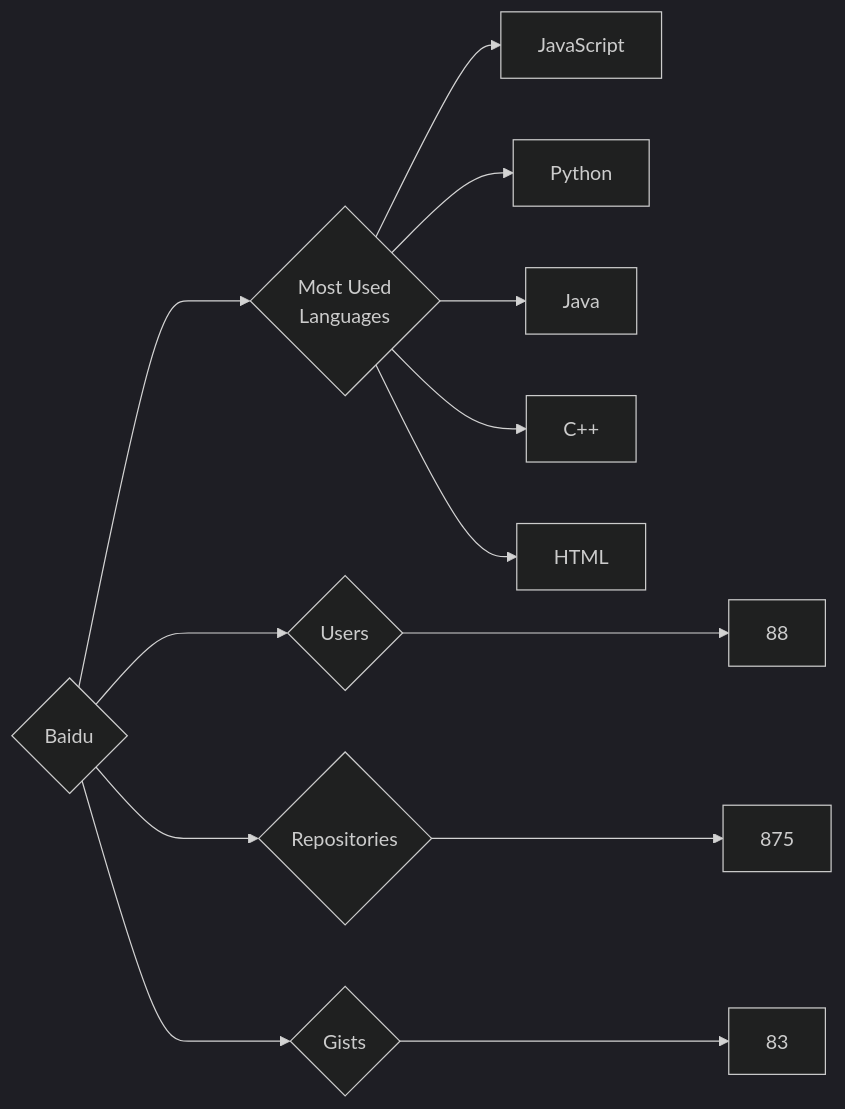
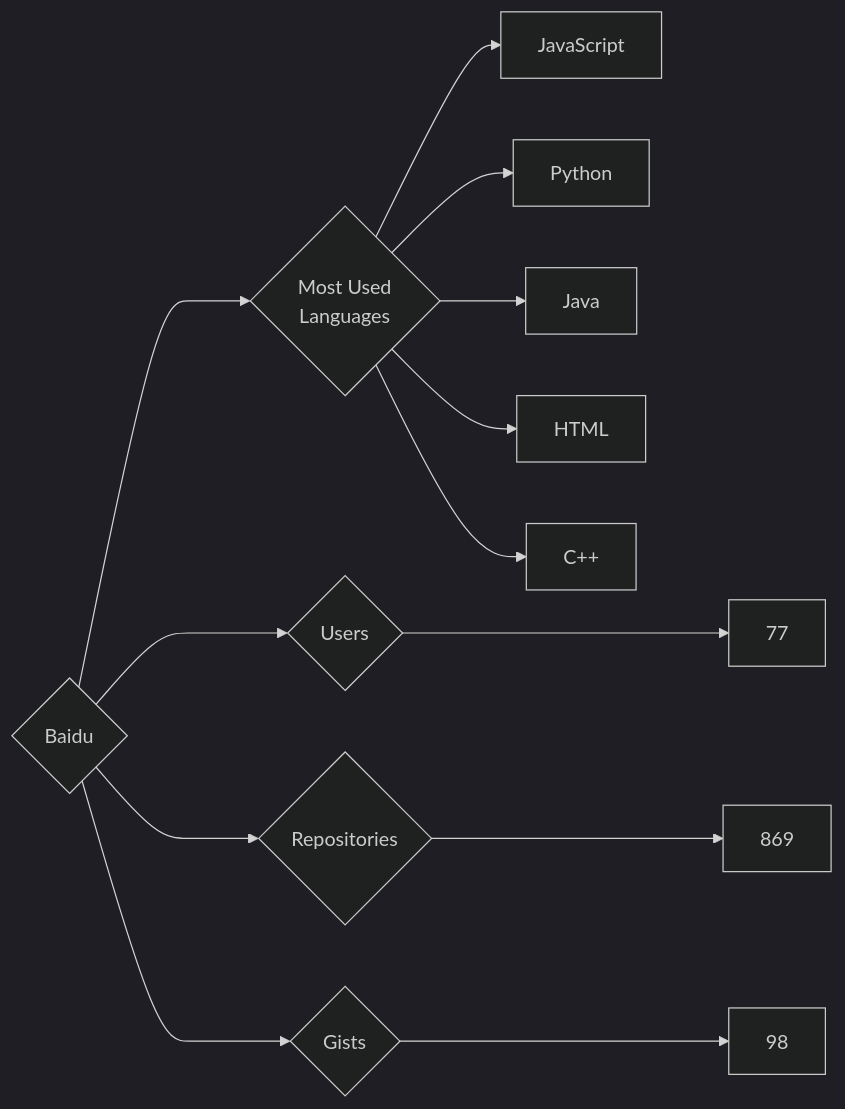
One commit to trickest/insiders changed the diagram in targets/Baidu/README.md. Above: the diagram before and after it, drawn with Mermaid (dark theme). The commit also changed 976 other files, not shown here.

````diff
--- a/targets/Baidu/README.md
+++ b/targets/Baidu/README.md
@@ -3,13 +3,13 @@
 ```mermaid
 graph LR
 COMPANY_NAME{Baidu}
-COMPANY_NAME ---> U{Users} ---> UN[88]
-COMPANY_NAME ---> R{Repositories} ---> RN[875]
-COMPANY_NAME ---> G{Gists} ---> GN[83]
+COMPANY_NAME ---> U{Users} ---> UN[77]
+COMPANY_NAME ---> R{Repositories} ---> RN[869]
+COMPANY_NAME ---> G{Gists} ---> GN[98]
 COMPANY_NAME ---> ML{Most Used<br>Languages}
 ML --> JavaScript[JavaScript]
 ML --> Python[Python]
 ML --> Java[Java]
+ML --> HTML[HTML]
 ML --> C++[C++]
-ML --> HTML[HTML]
 ```
````
